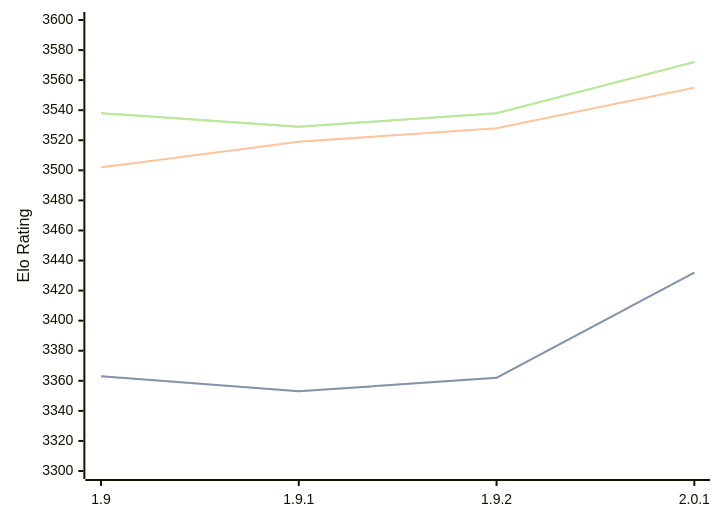
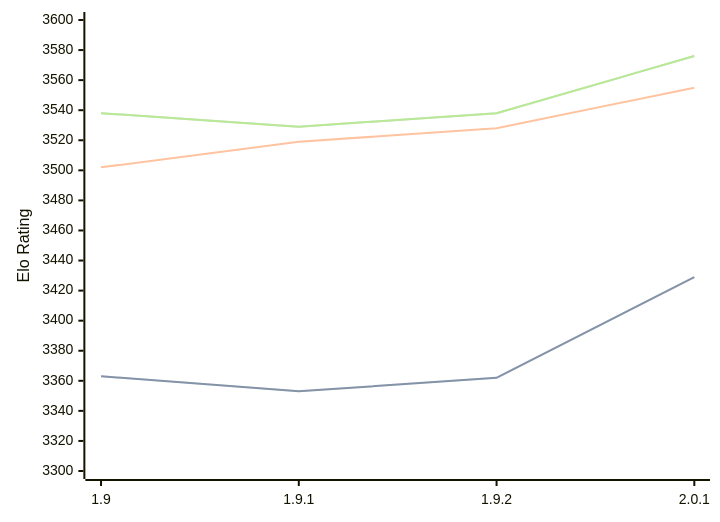
One commit to computer-chess-index/cci changed the first of 3 diagrams in engines/Pawnocchio.md. Above: the diagram before and after it, drawn with Mermaid. The commit also changed other lines of this file, not shown here.

Commit message:
Update CCI Ratings (ELO VLTC) - 2026-07-03

````diff
--- a/engines/Pawnocchio.md
+++ b/engines/Pawnocchio.md
@@ -50,11 +50,11 @@
 ```mermaid
 %%{init: {"theme":"base","themeVariables":{"seriesColors:['#a3a3a3','#222221','#faa371']}}}%%
 xychart-beta
   x-axis ["1.9", "1.9.1", "1.9.2", "2.0.1"]
   y-axis "Elo Rating" 3300 --> 3600
-  line "STC (8.0+0.08s)" [3363, 3353, 3362, 3432]
-  line "STC (8.0+0.08s)" [3363, 3353, 3362, 3432]
+  line "STC (8.0+0.08s)" [3363, 3353, 3362, 3429]
+  line "STC (8.0+0.08s)" [3363, 3353, 3362, 3429]
   line "LTC (60.0+0.60s)" [3502, 3519, 3528, 3555]
-  line "VLTC (2m24s+1.12s)" [3538, 3529, 3538, 3572]
-  line "VLTC (2m24s+1.12s)" [3538, 3529, 3538, 3572]
+  line "VLTC (2m24s+1.12s)" [3538, 3529, 3538, 3576]
+  line "VLTC (2m24s+1.12s)" [3538, 3529, 3538, 3576]
 ```
````
